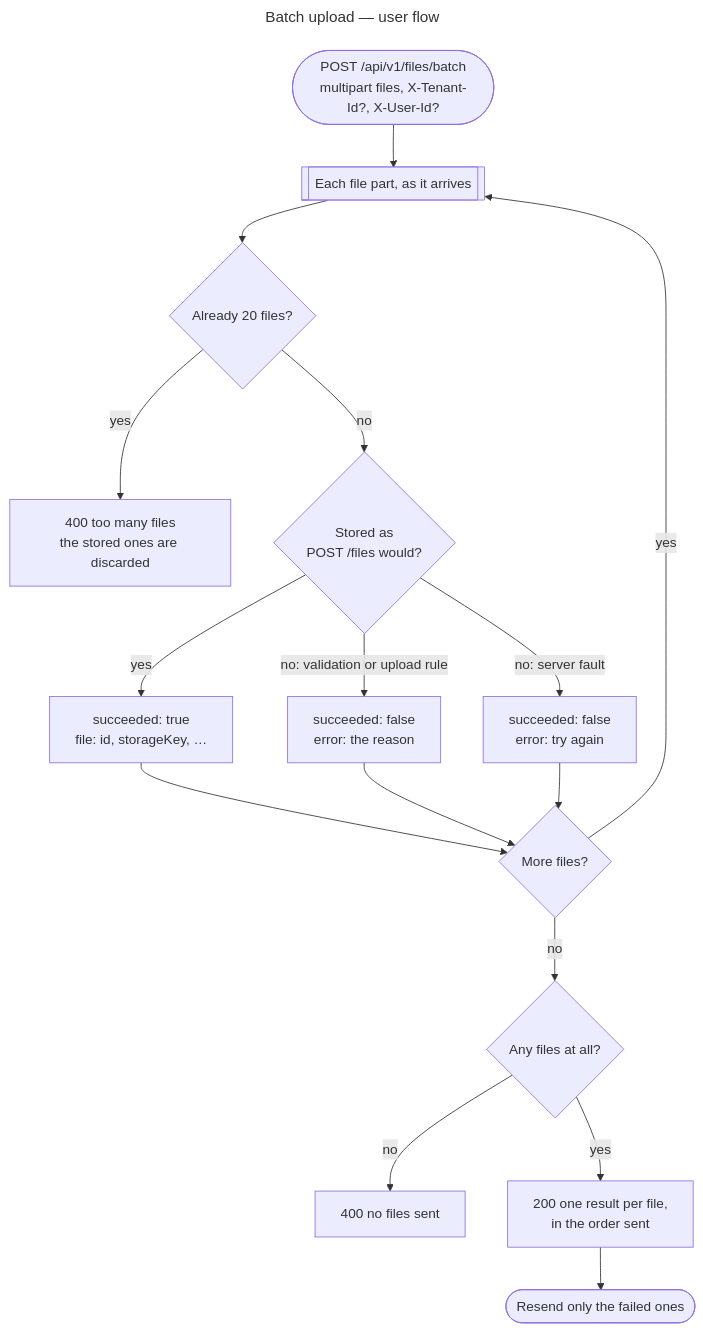
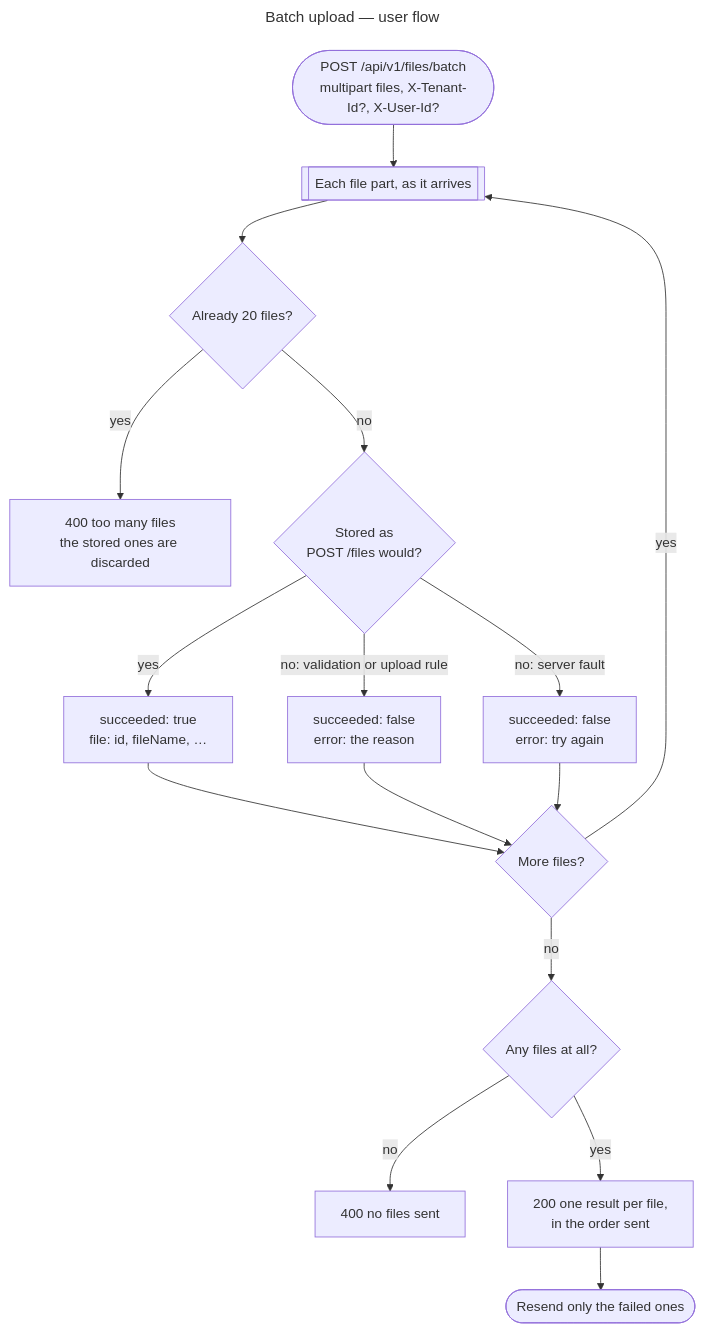
One commit to gmetskhvarishvili/GM.FileStorage.Samples changed the fourth of 12 diagrams in docs/user-flows.md. Above: the diagram before and after it, drawn with Mermaid. The commit also changed other lines of this file and 30 other files, not shown here.

````diff
--- a/docs/user-flows.md
+++ b/docs/user-flows.md
@@ -103,21 +103,21 @@
 ```mermaid
 ---
 title: Batch upload — user flow
 ---
 flowchart TD
     start([POST /api/v1/files/batch<br/>multipart files, X-Tenant-Id?, X-User-Id?]) --> each[[Each file part, as it arrives]]
     each --> limit{Already 20 files?}
     limit -- yes --> c400[400 too many files<br/>the stored ones are discarded]
     limit -- no --> one{Stored as<br/>POST /files would?}
-    one -- yes --> okItem[succeeded: true<br/>file: id, storageKey, …]
+    one -- yes --> okItem[succeeded: true<br/>file: id, fileName, …]
     one -- "no: validation or upload rule" --> badItem[succeeded: false<br/>error: the reason]
     one -- "no: server fault" --> errItem[succeeded: false<br/>error: try again]
     okItem --> more{More files?}
     badItem --> more
     errItem --> more
     more -- yes --> each
     more -- no --> none{Any files at all?}
     none -- no --> e400[400 no files sent]
     none -- yes --> ok[200 one result per file,<br/>in the order sent]
     ok --> retry([Resend only the failed ones])
 ```
````
